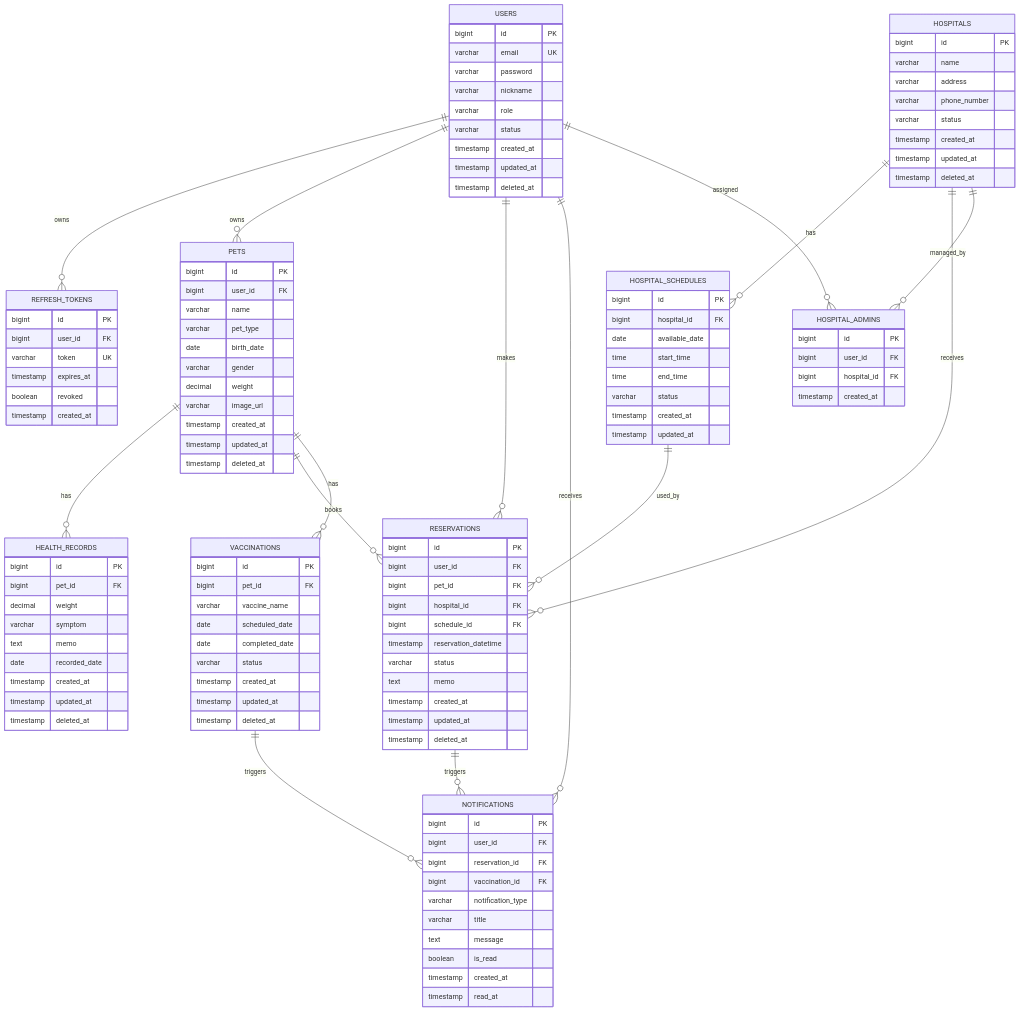
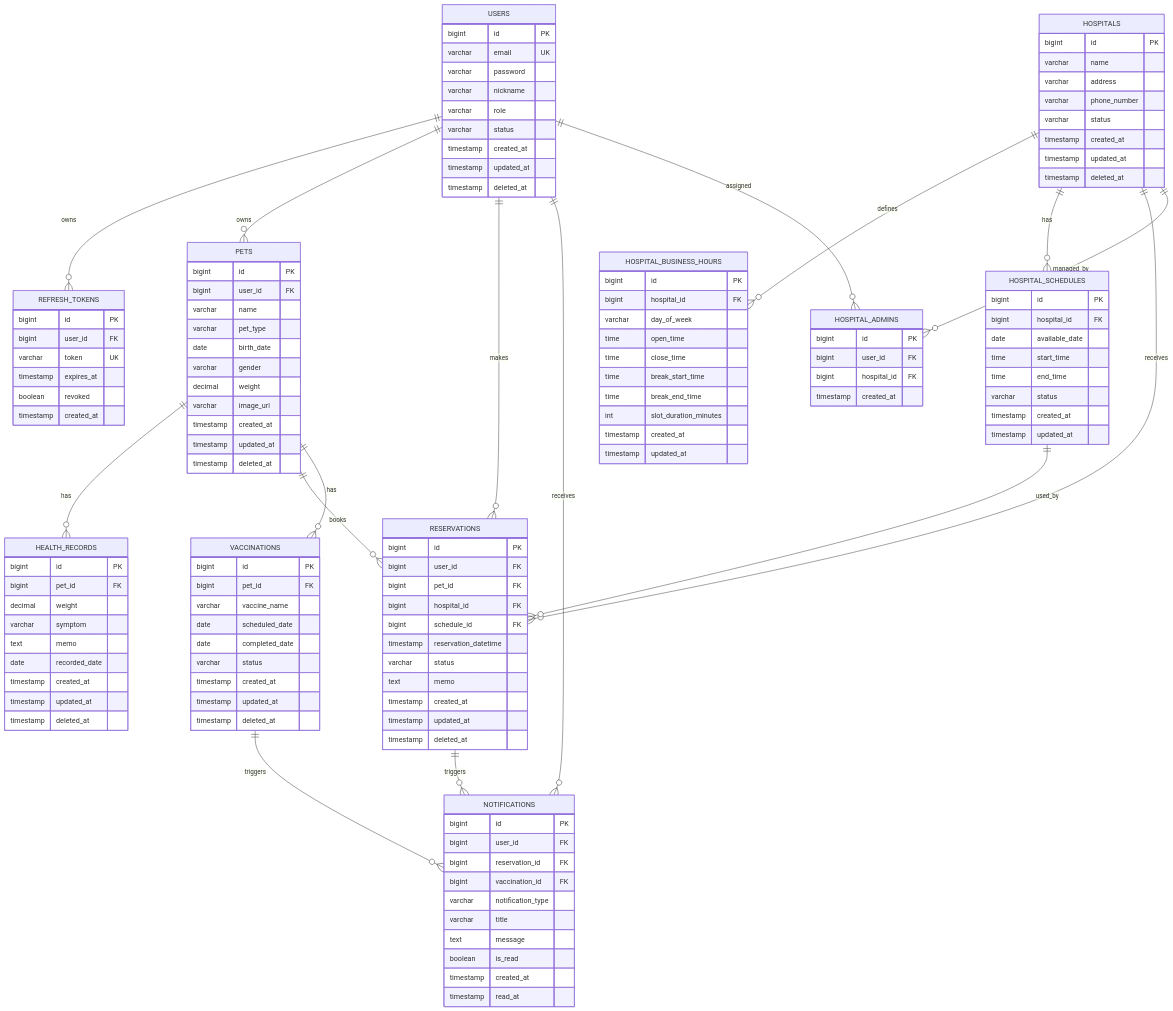
The diagram in docs/06_ERD 363d097bd4f780699f2cd5859607c3c8.md (hanyeong0815/daipetto), drawn with Mermaid before and after one commit. The commit also changed other lines of this file and 40 other files, not shown here.

```diff
--- a/docs/06_ERD 363d097bd4f780699f2cd5859607c3c8.md
+++ b/docs/06_ERD 363d097bd4f780699f2cd5859607c3c8.md
@@ -33,6 +33,7 @@
     USERS ||--o{ NOTIFICATIONS : receives
     USERS ||--o{ HOSPITAL_ADMINS : assigned
 
+    HOSPITALS ||--o{ HOSPITAL_BUSINESS_HOURS : defines
     HOSPITALS ||--o{ HOSPITAL_SCHEDULES : has
     HOSPITALS ||--o{ RESERVATIONS : receives
     HOSPITALS ||--o{ HOSPITAL_ADMINS : managed_by
@@ -90,6 +91,19 @@
         timestamp created_at
         timestamp updated_at
         timestamp deleted_at
+    }
+
+    HOSPITAL_BUSINESS_HOURS {
+        bigint id PK
+        bigint hospital_id FK
+        varchar day_of_week
+        time open_time
+        time close_time
+        time break_start_time
+        time break_end_time
+        int slot_duration_minutes
+        timestamp created_at
+        timestamp updated_at
     }
 
     HOSPITAL_SCHEDULES {
```
